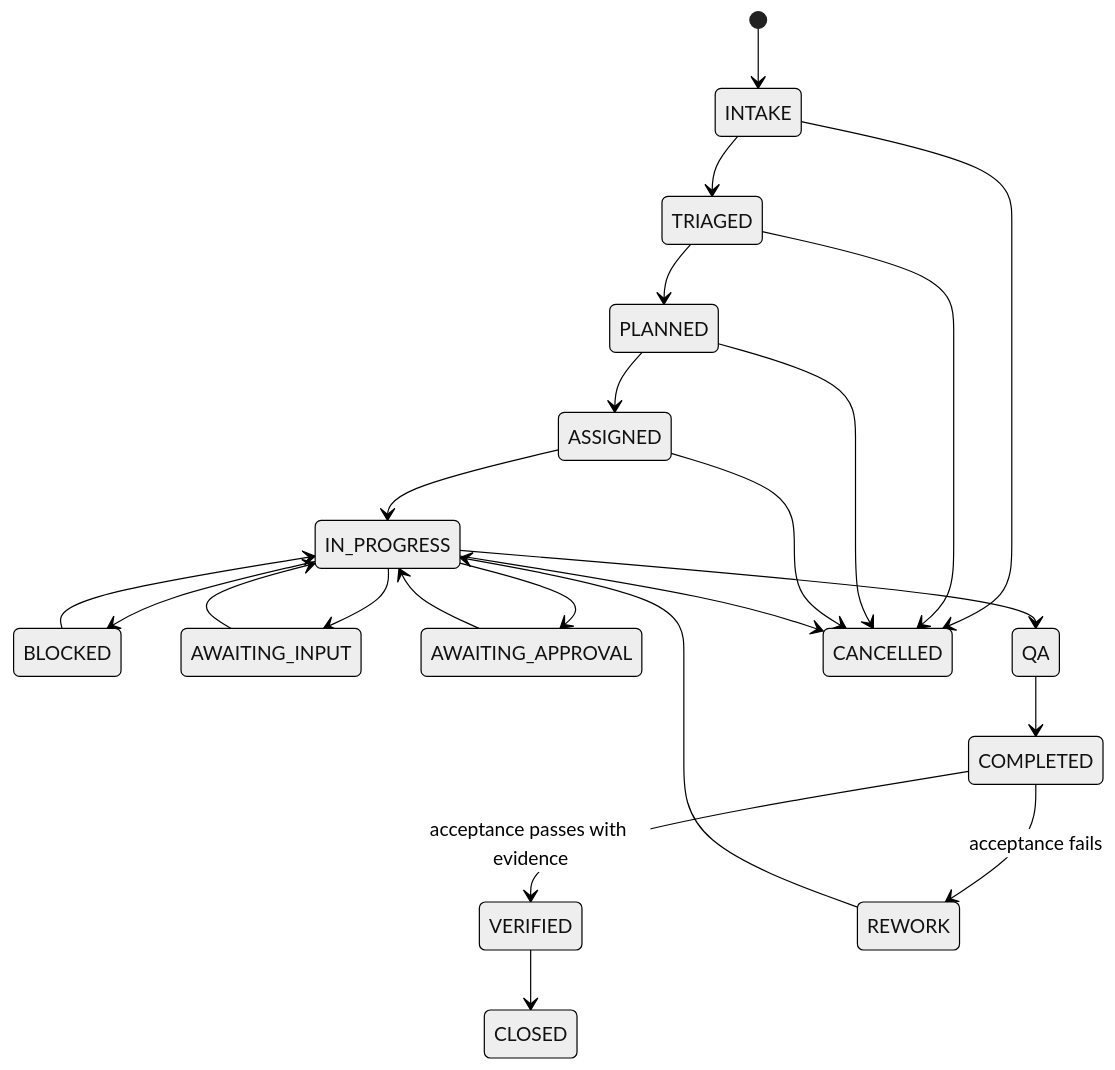
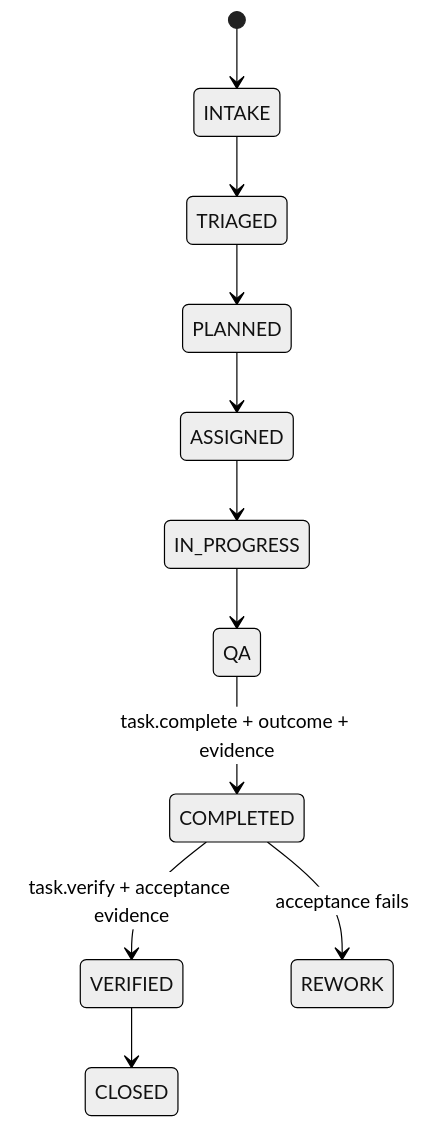
One commit to mkleinbe/mesh-ai-agent-cos-universe changed the second of 2 diagrams in docs/phase-1-operating-contract.md. Above: the diagram before and after it, drawn with Mermaid (neutral theme). The commit also changed other lines of this file, not shown here.

````diff
--- a/docs/phase-1-operating-contract.md
+++ b/docs/phase-1-operating-contract.md
@@ -158,25 +78,13 @@
 ```mermaid
 stateDiagram-v2
     [*] --> INTAKE
     INTAKE --> TRIAGED
     TRIAGED --> PLANNED
     PLANNED --> ASSIGNED
     ASSIGNED --> IN_PROGRESS
-    IN_PROGRESS --> BLOCKED
-    IN_PROGRESS --> AWAITING_INPUT
-    IN_PROGRESS --> AWAITING_APPROVAL
     IN_PROGRESS --> QA
-    BLOCKED --> IN_PROGRESS
-    AWAITING_INPUT --> IN_PROGRESS
-    AWAITING_APPROVAL --> IN_PROGRESS
-    QA --> COMPLETED
-    COMPLETED --> VERIFIED: acceptance passes with evidence
+    QA --> COMPLETED: task.complete + outcome + evidence
+    COMPLETED --> VERIFIED: task.verify + acceptance evidence
     COMPLETED --> REWORK: acceptance fails
-    REWORK --> IN_PROGRESS
     VERIFIED --> CLOSED
-    INTAKE --> CANCELLED
-    TRIAGED --> CANCELLED
-    PLANNED --> CANCELLED
-    ASSIGNED --> CANCELLED
-    IN_PROGRESS --> CANCELLED
 ```
````
